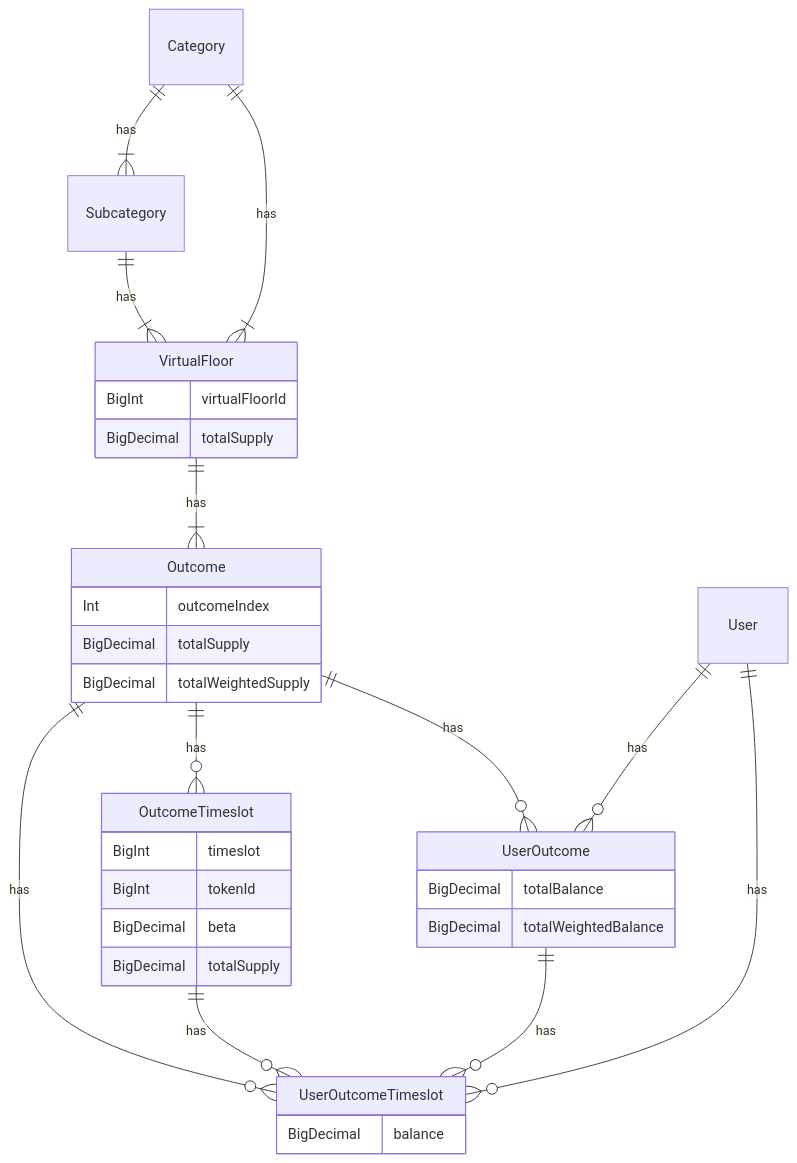
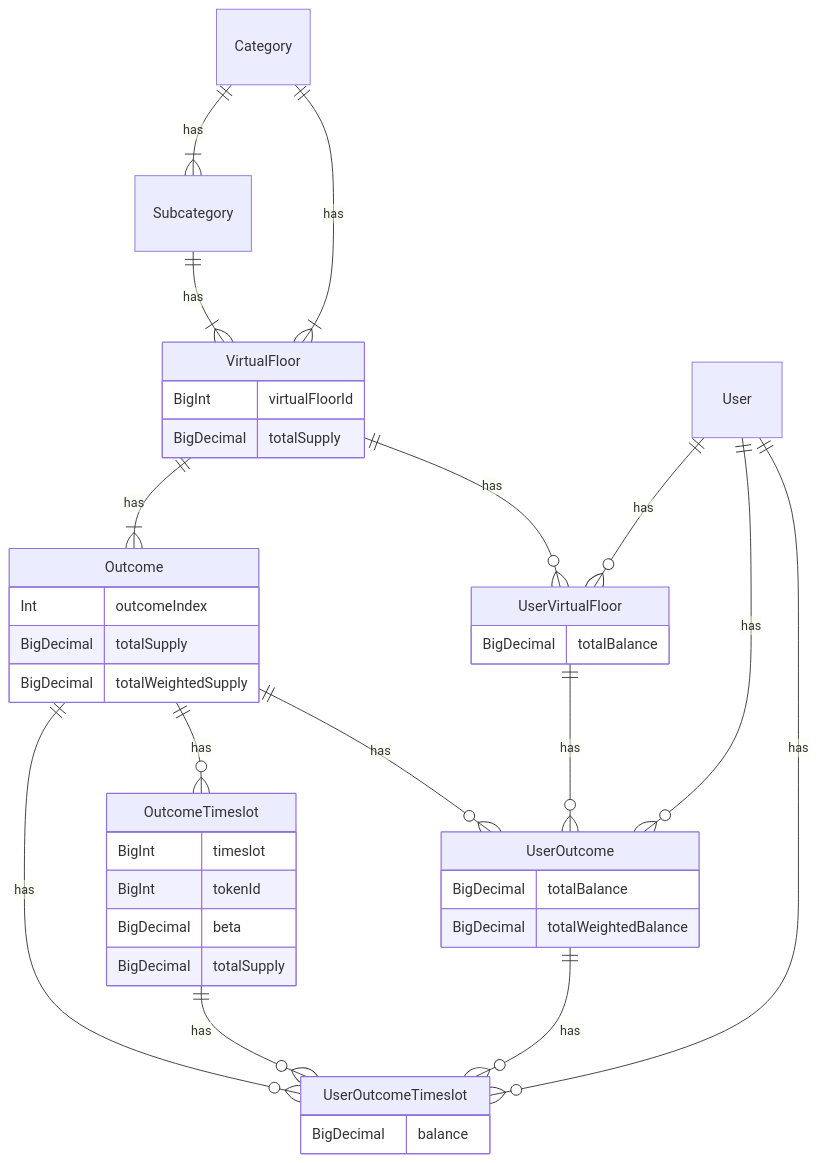
Before and after one commit to 0xsaxit/doubledice: the diagram in platform/docs/ENTITIES.md, drawn with Mermaid. The commit also changed 4 other files, not shown here.

Commit message:
graph: Add UserVirtualFloor entity

````diff
--- a/platform/docs/ENTITIES.md
+++ b/platform/docs/ENTITIES.md
@@ -1,42 +1,49 @@
 ```mermaid
 erDiagram
     Category ||--|{ Subcategory: has
     Subcategory ||--|{ VirtualFloor: has
 
     Category ||--|{ VirtualFloor: has
 
     VirtualFloor ||--|{ Outcome: has
+    VirtualFloor ||--o{ UserVirtualFloor: has
 
     Outcome ||--o{ UserOutcomeTimeslot: has
     Outcome ||--o{ OutcomeTimeslot: has
     Outcome ||--o{ UserOutcome: has
 
+    User ||--o{ UserVirtualFloor: has
     User ||--o{ UserOutcome: has
     User ||--o{ UserOutcomeTimeslot: has
 
     UserOutcome ||--o{ UserOutcomeTimeslot: has
     OutcomeTimeslot ||--o{ UserOutcomeTimeslot: has
+
+    UserVirtualFloor ||--o{ UserOutcome: has
 
     VirtualFloor {
         BigInt virtualFloorId
         BigDecimal totalSupply
     }
     Outcome {
         Int outcomeIndex
         BigDecimal totalSupply
         BigDecimal totalWeightedSupply
     }
     OutcomeTimeslot {
         BigInt timeslot
         BigInt tokenId
         BigDecimal beta
         BigDecimal totalSupply
     }
     UserOutcome {
         BigDecimal totalBalance
         BigDecimal totalWeightedBalance
     }
     UserOutcomeTimeslot {
         BigDecimal balance
     }
+    UserVirtualFloor {
+        BigDecimal totalBalance
+    }
 ```
````
